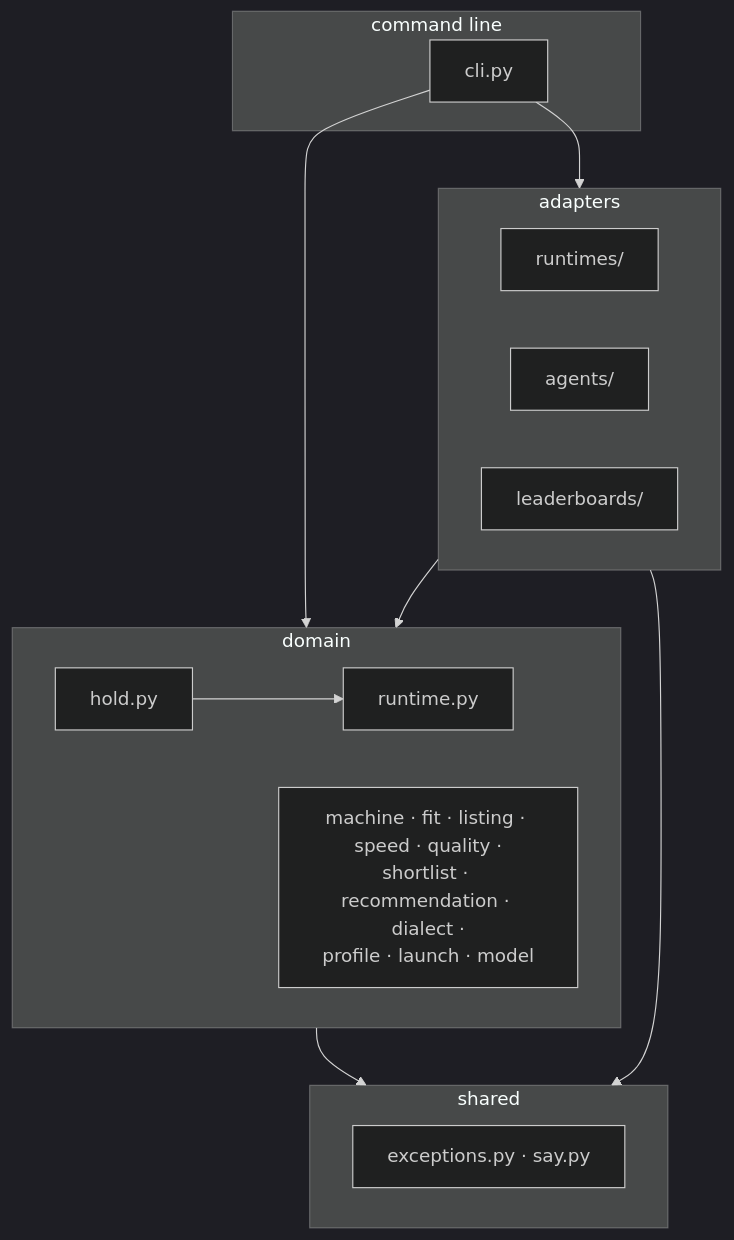
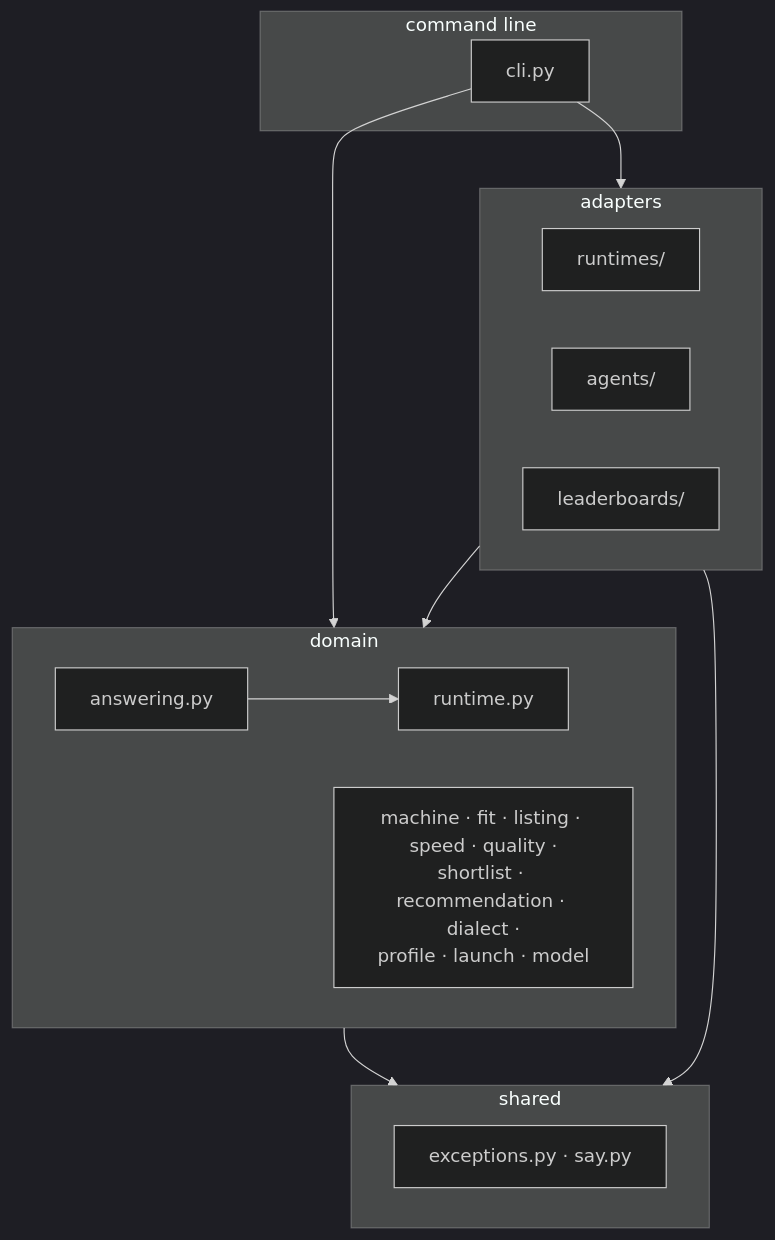
Before and after one commit to pvardanis/offgrid: the first of 4 diagrams in docs/architecture.md, drawn with Mermaid (dark theme). The commit also changed other lines of this file and 5 other files, not shown here.

````diff
--- a/docs/architecture.md
+++ b/docs/architecture.md
@@ -13,26 +13,26 @@
 ```mermaid
 flowchart TD
     subgraph cmd [command line]
         cli[cli.py]
     end
     subgraph adapters [adapters]
         rt["runtimes/"]
         ag["agents/"]
         lb["leaderboards/"]
     end
     subgraph domain [domain]
-        hold[hold.py]
+        answering[answering.py]
         ports["runtime.py"]
         rest["machine · fit · listing · speed · quality ·<br/>shortlist · recommendation · dialect ·<br/>profile · launch · model"]
     end
     subgraph shared [shared]
         sh["exceptions.py · say.py"]
     end
 
     cli --> adapters
     cli --> domain
     adapters --> domain
     domain --> shared
     adapters --> shared
-    hold --> ports
+    answering --> ports
 ```
````
